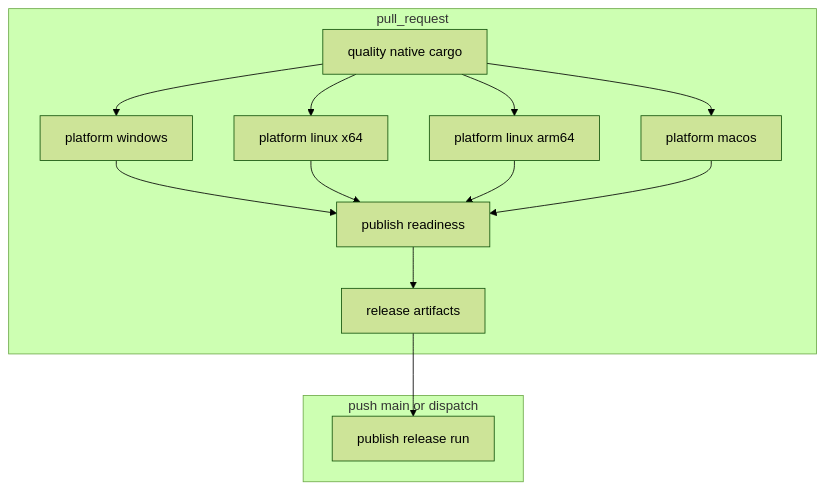
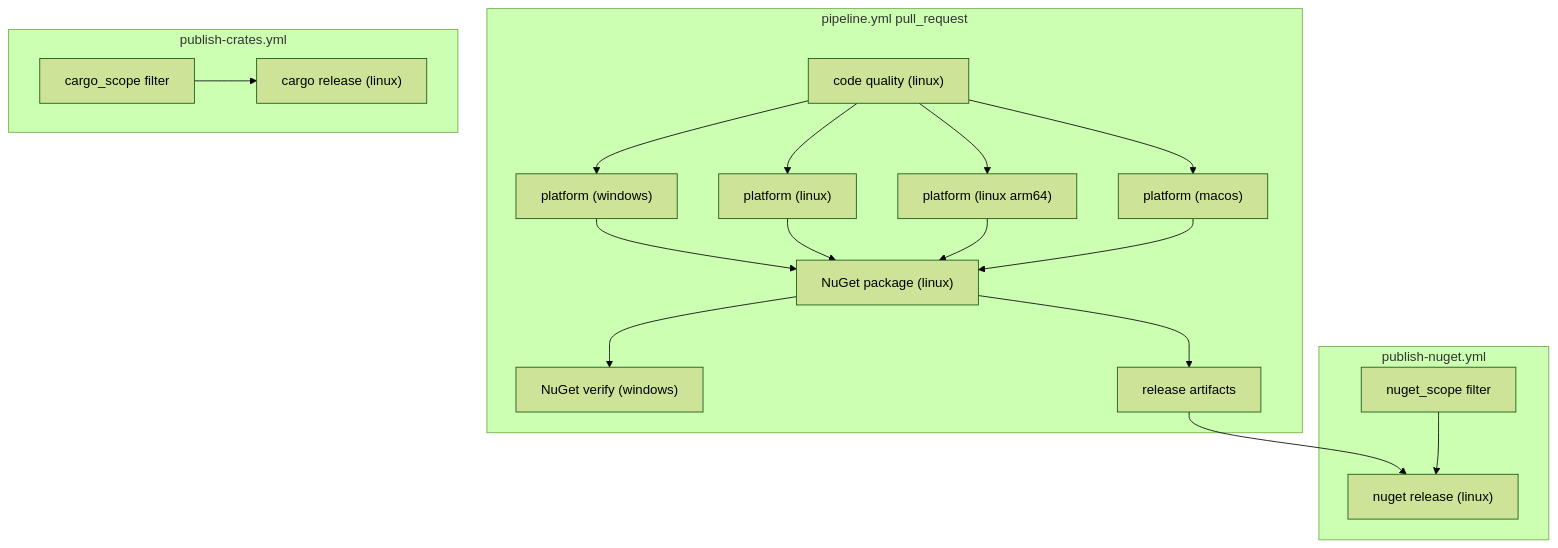
The diagram in docs/ci-cd-pipelines.md (D-Naveenz/dhara_storage), drawn with Mermaid (forest theme) before and after one commit. The commit also changed other lines of this file and 228 other files, not shown here.

````diff
--- a/docs/ci-cd-pipelines.md
+++ b/docs/ci-cd-pipelines.md
@@ -17,18 +20,29 @@
 ```mermaid
 flowchart TB
-  subgraph pr ["pull_request"]
-    Q[quality native cargo]
-    PW[platform windows]
-    PL[platform linux x64]
-    PLA[platform linux arm64]
-    PM[platform macos]
-    PR[publish readiness]
-    Q --> PW & PL & PLA & PM --> PR
-    PR --> ART[release artifacts]
+  subgraph pr ["pipeline.yml pull_request"]
+    Q["code quality (linux)"]
+    PW["platform (windows)"]
+    PL["platform (linux)"]
+    PLA["platform (linux arm64)"]
+    PM["platform (macos)"]
+    PACK["NuGet package (linux)"]
+    VER["NuGet verify (windows)"]
+    Q --> PW & PL & PLA & PM
+    PW & PL & PLA & PM --> PACK
+    PACK --> VER
+    PACK --> ART[release artifacts]
   end
 
-  subgraph cd ["push main or dispatch"]
-    PUB[publish release run]
-    ART --> PUB
+  subgraph cd_cargo ["publish-crates.yml"]
+    FC[cargo_scope filter]
+    CR["cargo release (linux)"]
+    FC --> CR
+  end
+
+  subgraph cd_nuget ["publish-nuget.yml"]
+    FN[nuget_scope filter]
+    NU["nuget release (linux)"]
+    ART --> NU
+    FN --> NU
   end
 ```
````
